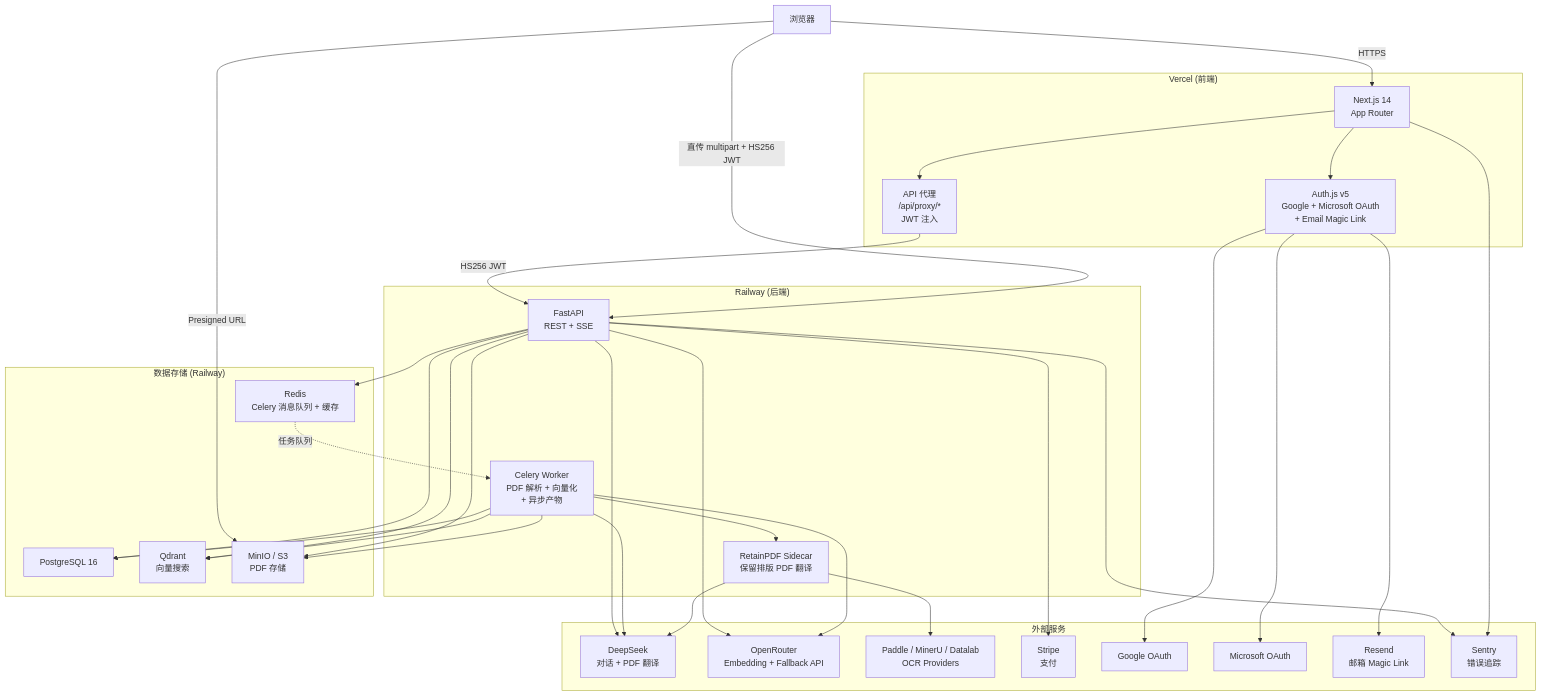
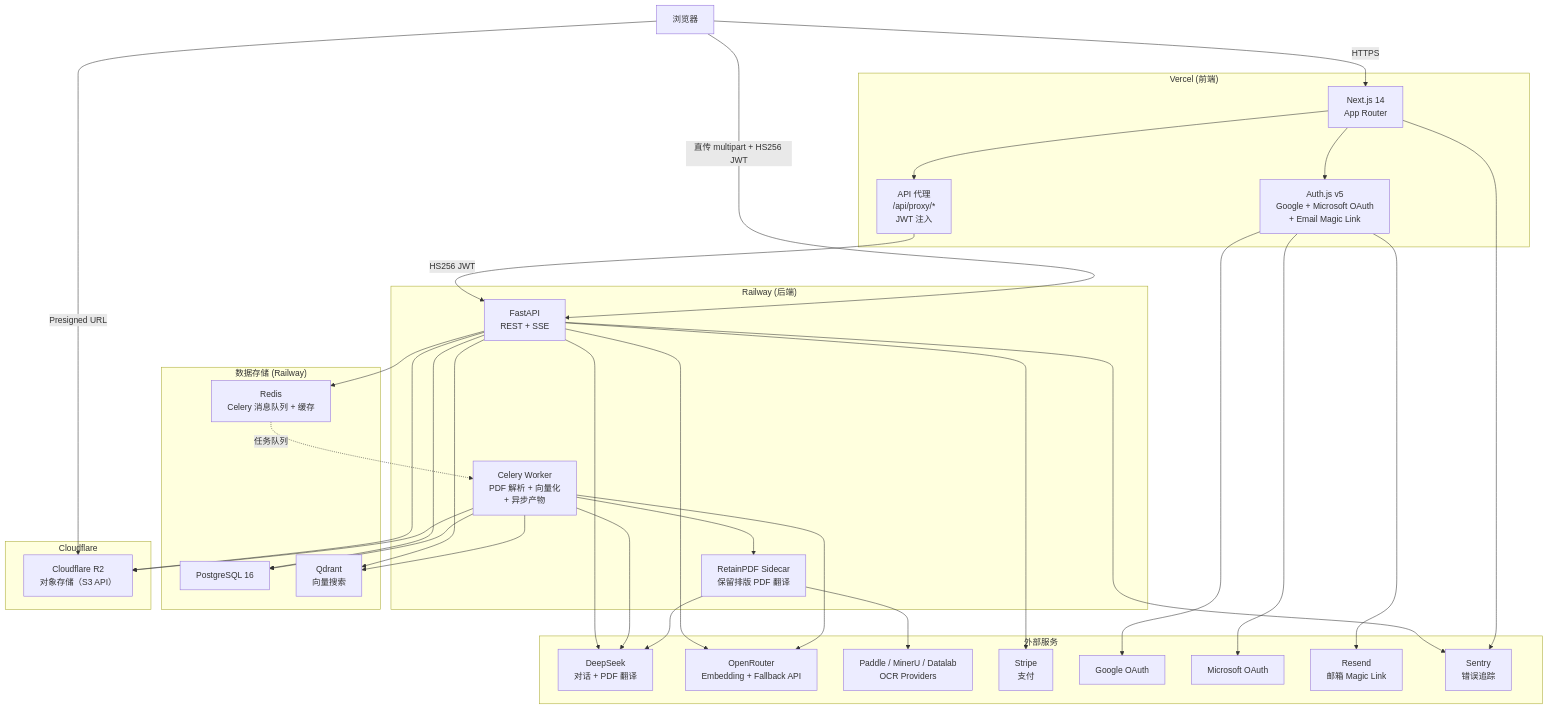
One commit to Rswcf/DocTalk changed the first of 10 diagrams in docs/ARCHITECTURE.zh.md. Above: the diagram before and after it, drawn with Mermaid. The commit also changed other lines of this file and 14 other files, not shown here.

````diff
--- a/docs/ARCHITECTURE.zh.md
+++ b/docs/ARCHITECTURE.zh.md
@@ -11,62 +11,65 @@
 ```mermaid
 graph TB
     Browser["浏览器"]
 
     subgraph Vercel["Vercel (前端)"]
         NextJS["Next.js 14<br/>App Router"]
         AuthJS["Auth.js v5<br/>Google + Microsoft OAuth<br/>+ Email Magic Link"]
         Proxy["API 代理<br/>/api/proxy/*<br/>JWT 注入"]
     end
 
     subgraph Railway["Railway (后端)"]
         FastAPI["FastAPI<br/>REST + SSE"]
         Celery["Celery Worker<br/>PDF 解析 + 向量化<br/>+ 异步产物"]
         RetainPDF["RetainPDF Sidecar<br/>保留排版 PDF 翻译"]
     end
 
     subgraph DataStores["数据存储 (Railway)"]
         PG["PostgreSQL 16"]
         Qdrant["Qdrant<br/>向量搜索"]
         Redis["Redis<br/>Celery 消息队列 + 缓存"]
-        MinIO["MinIO / S3<br/>PDF 存储"]
+    end
+
+    subgraph Cloudflare["Cloudflare"]
+        R2["Cloudflare R2<br/>对象存储（S3 API）"]
     end
 
     subgraph External["外部服务"]
         DeepSeek["DeepSeek<br/>对话 + PDF 翻译"]
         OpenRouter["OpenRouter<br/>Embedding + Fallback API"]
         OCRProviders["Paddle / MinerU / Datalab<br/>OCR Providers"]
         Stripe["Stripe<br/>支付"]
         Google["Google OAuth"]
         Microsoft["Microsoft OAuth"]
         Resend["Resend<br/>邮箱 Magic Link"]
         Sentry["Sentry<br/>错误追踪"]
     end
 
     Browser -->|HTTPS| NextJS
     NextJS --> AuthJS
     NextJS --> Proxy
     Proxy -->|HS256 JWT| FastAPI
     Browser -->|直传 multipart + HS256 JWT| FastAPI
     FastAPI --> PG
     FastAPI --> Qdrant
     FastAPI --> Redis
-    FastAPI --> MinIO
+    FastAPI --> R2
     FastAPI --> DeepSeek
     FastAPI --> OpenRouter
     FastAPI --> Stripe
     Celery --> PG
     Celery --> Qdrant
-    Celery --> MinIO
+    Celery --> R2
     Celery --> RetainPDF
     Celery --> DeepSeek
     Celery --> OpenRouter
     RetainPDF --> OCRProviders
     RetainPDF --> DeepSeek
     Redis -.->|任务队列| Celery
     AuthJS --> Google
     AuthJS --> Microsoft
     AuthJS --> Resend
     FastAPI --> Sentry
     NextJS --> Sentry
-    Browser -->|Presigned URL| MinIO
+    Browser -->|Presigned URL| R2
 ```
````
